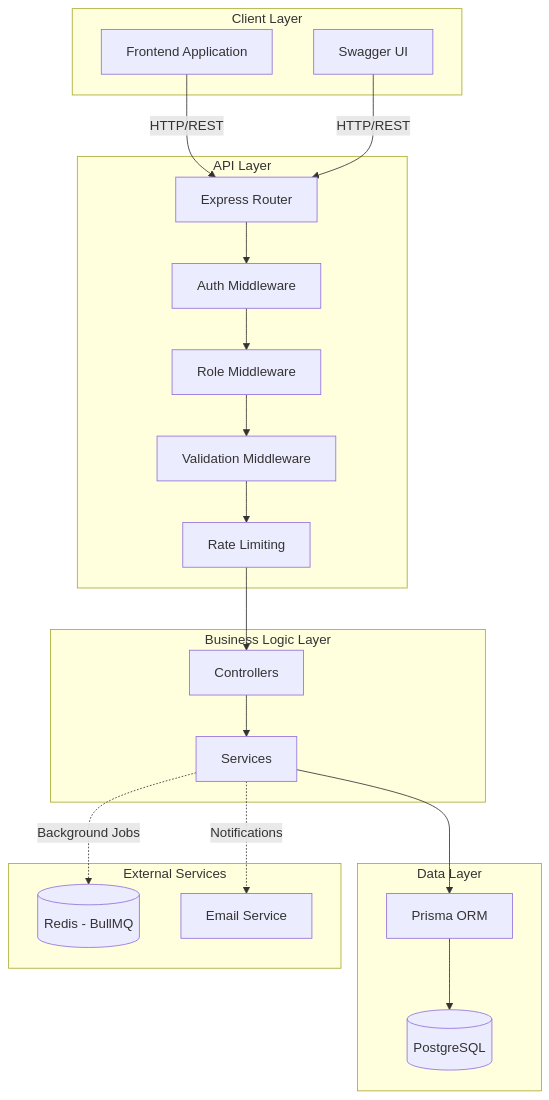
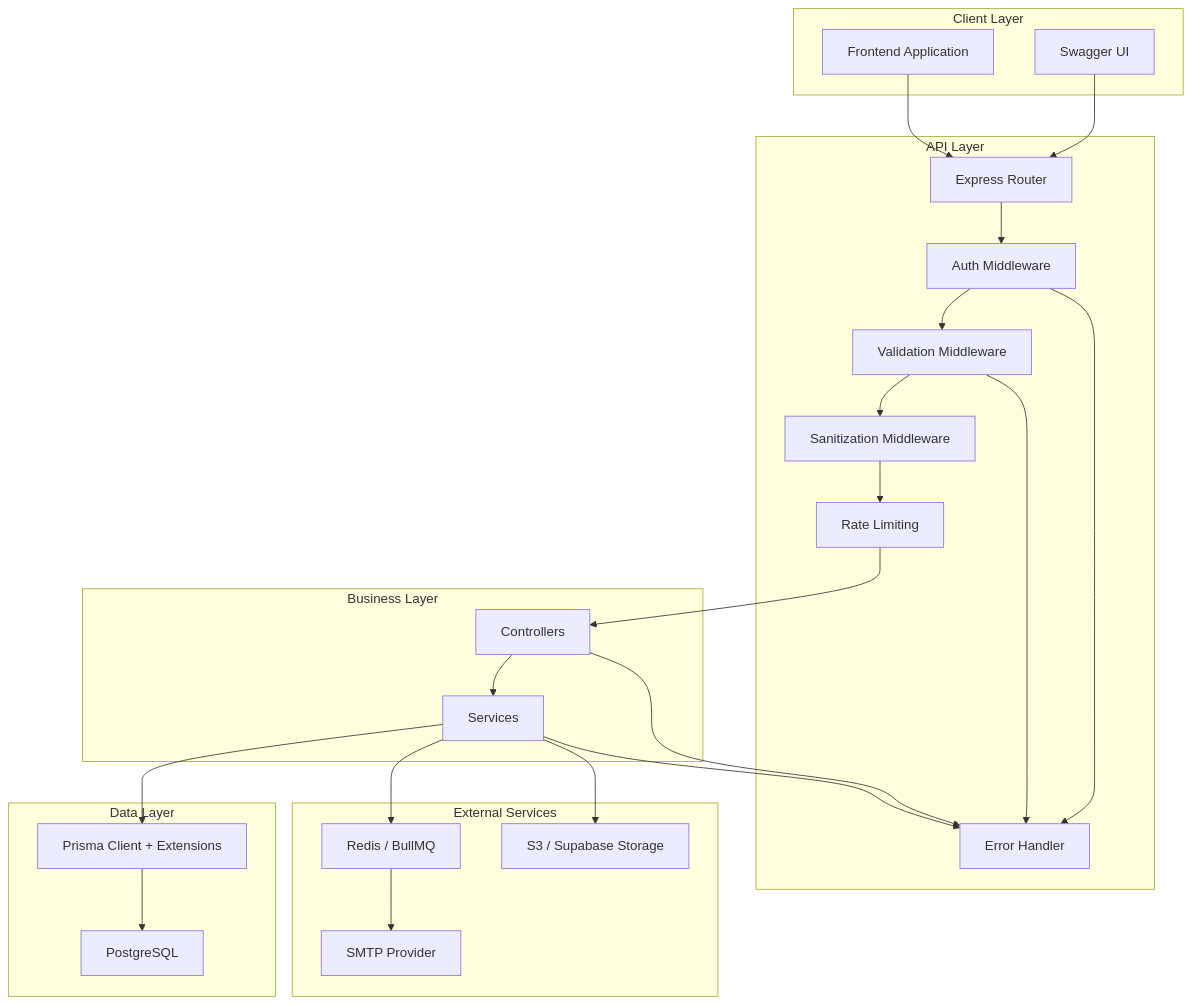
One commit to myloo23/dual-kepzes-frontend changed the first of 10 diagrams in backendreadme.md. Above: the diagram before and after it, drawn with Mermaid. The commit also changed other lines of this file and 3 other files, not shown here.

````diff
--- a/backendreadme.md
+++ b/backendreadme.md
@@ -313,43 +47,50 @@
 ```mermaid
-graph TB
+flowchart TB
     subgraph "Client Layer"
-        FE[Frontend Application]
-        Swagger[Swagger UI]
+        FE["Frontend Application"]
+        Swagger["Swagger UI"]
     end
 
     subgraph "API Layer"
-        Router[Express Router]
-        Auth[Auth Middleware]
-        RoleCheck[Role Middleware]
-        Validation[Validation Middleware]
-        RateLimit[Rate Limiting]
+        Router["Express Router"]
+        Auth["Auth Middleware"]
+        Validation["Validation Middleware"]
+        Sanitization["Sanitization Middleware"]
+        RateLimit["Rate Limiting"]
+        ErrorHandler["Error Handler"]
     end
 
-    subgraph "Business Logic Layer"
-        Controllers[Controllers]
-        Services[Services]
+    subgraph "Business Layer"
+        Controllers["Controllers"]
+        Services["Services"]
     end
 
     subgraph "Data Layer"
-        Prisma[Prisma ORM]
-        DB[(PostgreSQL)]
+        Prisma["Prisma Client + Extensions"]
+        DB["PostgreSQL"]
     end
 
     subgraph "External Services"
-        Redis[(Redis - BullMQ)]
-        SMTP[Email Service]
+        Redis["Redis / BullMQ"]
+        SMTP["SMTP Provider"]
+        Storage["S3 / Supabase Storage"]
     end
 
-    FE -->|HTTP/REST| Router
-    Swagger -->|HTTP/REST| Router
+    FE --> Router
+    Swagger --> Router
     Router --> Auth
-    Auth --> RoleCheck
-    RoleCheck --> Validation
-    Validation --> RateLimit
+    Auth --> Validation
+    Validation --> Sanitization
+    Sanitization --> RateLimit
     RateLimit --> Controllers
     Controllers --> Services
     Services --> Prisma
     Prisma --> DB
-    Services -.->|Background Jobs| Redis
-    Services -.->|Notifications| SMTP
+    Services --> Redis
+    Redis --> SMTP
+    Services --> Storage
+    Controllers --> ErrorHandler
+    Auth --> ErrorHandler
+    Validation --> ErrorHandler
+    Services --> ErrorHandler
 ```
````
